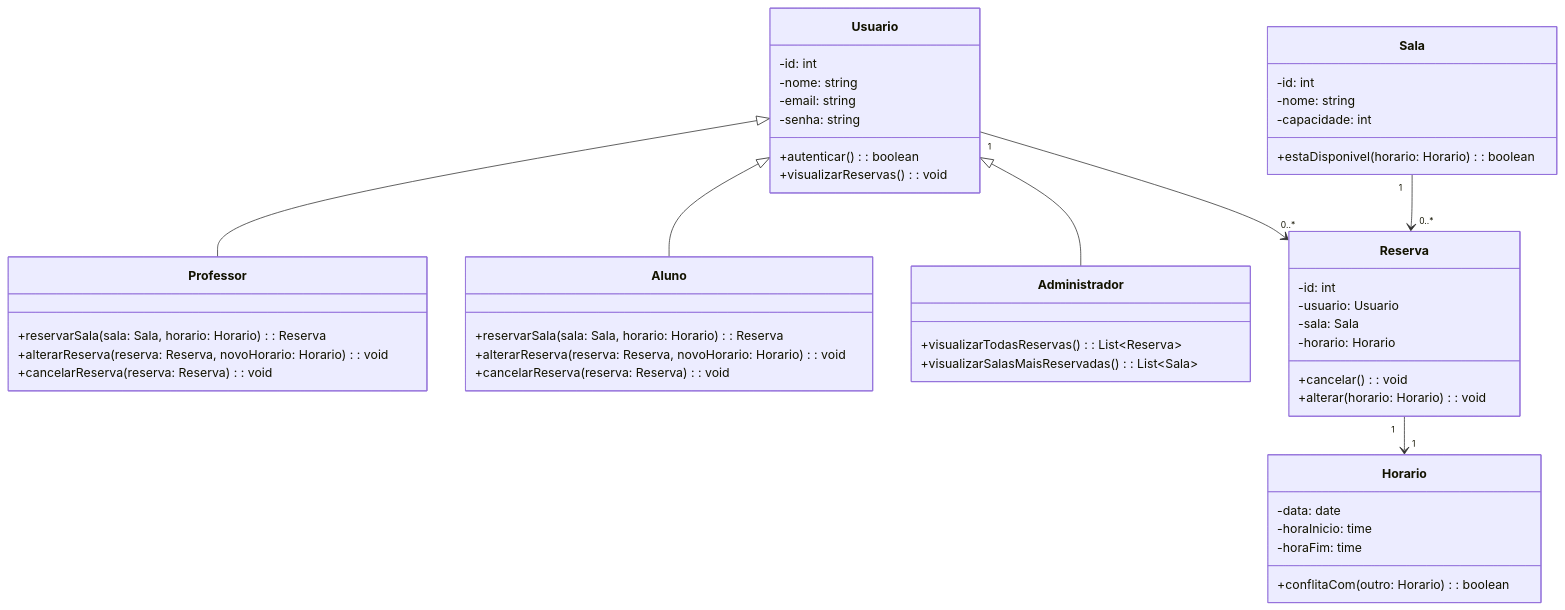
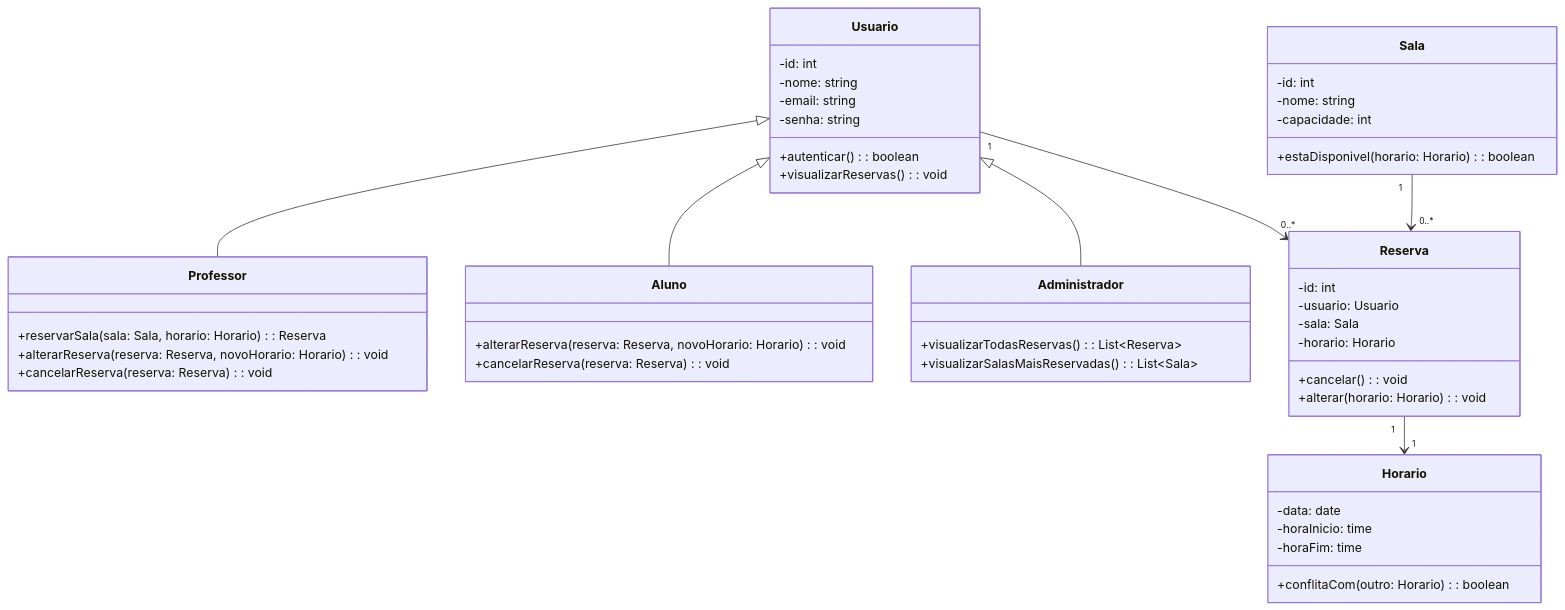
Before and after one commit to GustavoRinck/ReservaFacil: the diagram in DiagramaDeClasses.mmd, drawn with Mermaid. The commit also changed other lines of this file, not shown here.

```diff
--- a/DiagramaDeClasses.mmd
+++ b/DiagramaDeClasses.mmd
@@ -1,61 +1,60 @@
 classDiagram
     class Usuario {
         -id: int
         -nome: string
         -email: string
         -senha: string
         +autenticar(): boolean
         +visualizarReservas(): void
     }
 
     class Professor {
         +reservarSala(sala: Sala, horario: Horario): Reserva
         +alterarReserva(reserva: Reserva, novoHorario: Horario): void
                 +cancelarReserva(reserva: Reserva): void
 
     }
 
     class Aluno {
-        +reservarSala(sala: Sala, horario: Horario): Reserva
                 +alterarReserva(reserva: Reserva, novoHorario: Horario): void
 
         +cancelarReserva(reserva: Reserva): void
     }
 
     class Administrador {
         +visualizarTodasReservas(): List~Reserva~
         +visualizarSalasMaisReservadas(): List~Sala~
     }
 
     class Sala {
         -id: int
         -nome: string
         -capacidade: int
         +estaDisponivel(horario: Horario): boolean
     }
 
     class Reserva {
         -id: int
         -usuario: Usuario
         -sala: Sala
         -horario: Horario
         +cancelar(): void
         +alterar(horario: Horario): void
     }
 
     class Horario {
         -data: date
         -horaInicio: time
         -horaFim: time
         +conflitaCom(outro: Horario): boolean
     }
 
     %% Heranças
     Usuario <|-- Professor
     Usuario <|-- Aluno
     Usuario <|-- Administrador
 
     %% Relacionamentos
     Sala "1" --> "0..*" Reserva
     Usuario "1" --> "0..*" Reserva
     Reserva "1" --> "1" Horario
```
